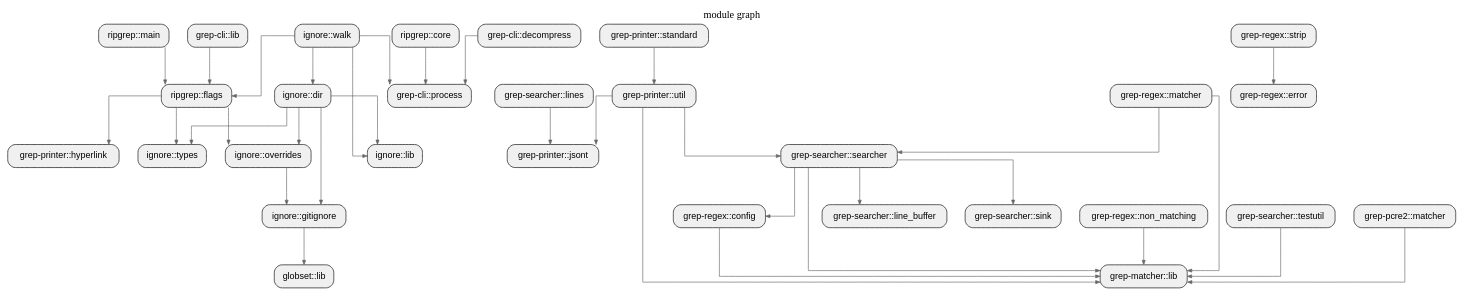
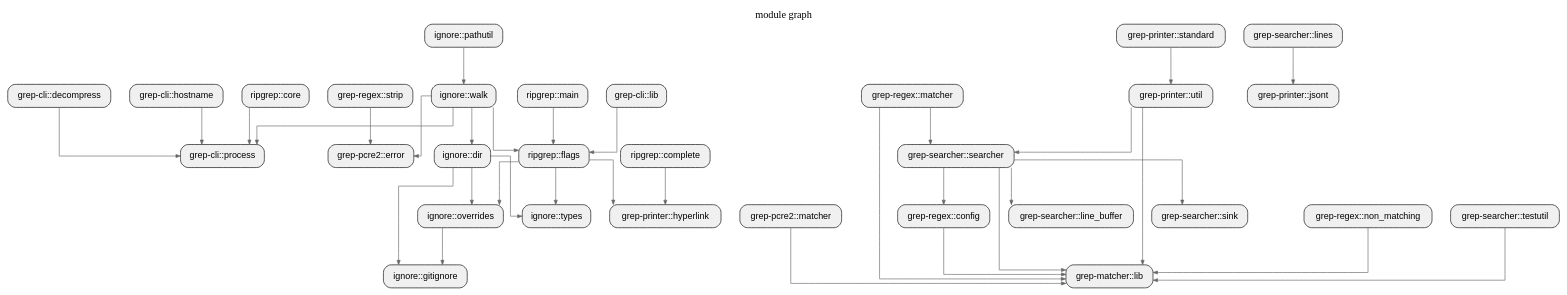
Before and after one commit to allenanswerzq/llmcc: the diagram in sample/ripgrep/depth_2_module.dot, drawn with Graphviz. The commit also changed 211 other files, not shown here.

```diff
--- a/sample/ripgrep/depth_2_module.dot
+++ b/sample/ripgrep/depth_2_module.dot
@@ -1,80 +1,81 @@
 digraph architecture {
   // Layout settings
   rankdir=TB;
   ranksep=0.8;
   nodesep=0.4;
   splines=ortho;
   concentrate=true;
 
   node [shape=box, style="rounded,filled", fillcolor="#f0f0f0", fontname="Helvetica"];
   edge [color="#666666", arrowsize=0.7];
 
   label="module graph";
   labelloc=t;
   fontsize=16;
   fontname="Helvetica Bold";
 
-  mod_globset_lib[label="globset::lib"];
   mod_grep_cli_decompress[label="grep-cli::decompress"];
+  mod_grep_cli_hostname[label="grep-cli::hostname"];
   mod_grep_cli_lib[label="grep-cli::lib"];
   mod_grep_cli_process[label="grep-cli::process"];
   mod_grep_matcher_lib[label="grep-matcher::lib"];
+  mod_grep_pcre2_error[label="grep-pcre2::error"];
   mod_grep_pcre2_matcher[label="grep-pcre2::matcher"];
   mod_grep_printer_hyperlink[label="grep-printer::hyperlink"];
   mod_grep_printer_jsont[label="grep-printer::jsont"];
   mod_grep_printer_standard[label="grep-printer::standard"];
   mod_grep_printer_util[label="grep-printer::util"];
   mod_grep_regex_config[label="grep-regex::config"];
-  mod_grep_regex_error[label="grep-regex::error"];
   mod_grep_regex_matcher[label="grep-regex::matcher"];
   mod_grep_regex_non_matching[label="grep-regex::non_matching"];
   mod_grep_regex_strip[label="grep-regex::strip"];
   mod_grep_searcher_line_buffer[label="grep-searcher::line_buffer"];
   mod_grep_searcher_lines[label="grep-searcher::lines"];
   mod_grep_searcher_searcher[label="grep-searcher::searcher"];
   mod_grep_searcher_sink[label="grep-searcher::sink"];
   mod_grep_searcher_testutil[label="grep-searcher::testutil"];
   mod_ignore_dir[label="ignore::dir"];
   mod_ignore_gitignore[label="ignore::gitignore"];
-  mod_ignore_lib[label="ignore::lib"];
   mod_ignore_overrides[label="ignore::overrides"];
+  mod_ignore_pathutil[label="ignore::pathutil"];
   mod_ignore_types[label="ignore::types"];
   mod_ignore_walk[label="ignore::walk"];
+  mod_ripgrep_complete[label="ripgrep::complete"];
   mod_ripgrep_core[label="ripgrep::core"];
   mod_ripgrep_flags[label="ripgrep::flags"];
   mod_ripgrep_main[label="ripgrep::main"];
 
   mod_grep_cli_decompress -> mod_grep_cli_process;
+  mod_grep_cli_hostname -> mod_grep_cli_process;
   mod_grep_cli_lib -> mod_ripgrep_flags;
   mod_grep_pcre2_matcher -> mod_grep_matcher_lib;
   mod_grep_printer_standard -> mod_grep_printer_util;
   mod_grep_printer_util -> mod_grep_matcher_lib;
-  mod_grep_printer_util -> mod_grep_printer_jsont;
   mod_grep_printer_util -> mod_grep_searcher_searcher;
   mod_grep_regex_config -> mod_grep_matcher_lib;
   mod_grep_regex_matcher -> mod_grep_matcher_lib;
   mod_grep_regex_matcher -> mod_grep_searcher_searcher;
   mod_grep_regex_non_matching -> mod_grep_matcher_lib;
-  mod_grep_regex_strip -> mod_grep_regex_error;
+  mod_grep_regex_strip -> mod_grep_pcre2_error;
   mod_grep_searcher_lines -> mod_grep_printer_jsont;
   mod_grep_searcher_searcher -> mod_grep_matcher_lib;
   mod_grep_searcher_searcher -> mod_grep_regex_config;
   mod_grep_searcher_searcher -> mod_grep_searcher_line_buffer;
   mod_grep_searcher_searcher -> mod_grep_searcher_sink;
   mod_grep_searcher_testutil -> mod_grep_matcher_lib;
   mod_ignore_dir -> mod_ignore_gitignore;
-  mod_ignore_dir -> mod_ignore_lib;
   mod_ignore_dir -> mod_ignore_overrides;
   mod_ignore_dir -> mod_ignore_types;
-  mod_ignore_gitignore -> mod_globset_lib;
   mod_ignore_overrides -> mod_ignore_gitignore;
+  mod_ignore_pathutil -> mod_ignore_walk;
   mod_ignore_walk -> mod_grep_cli_process;
+  mod_ignore_walk -> mod_grep_pcre2_error;
   mod_ignore_walk -> mod_ignore_dir;
-  mod_ignore_walk -> mod_ignore_lib;
   mod_ignore_walk -> mod_ripgrep_flags;
+  mod_ripgrep_complete -> mod_grep_printer_hyperlink;
   mod_ripgrep_core -> mod_grep_cli_process;
   mod_ripgrep_flags -> mod_grep_printer_hyperlink;
   mod_ripgrep_flags -> mod_ignore_overrides;
   mod_ripgrep_flags -> mod_ignore_types;
   mod_ripgrep_main -> mod_ripgrep_flags;
 }
```
